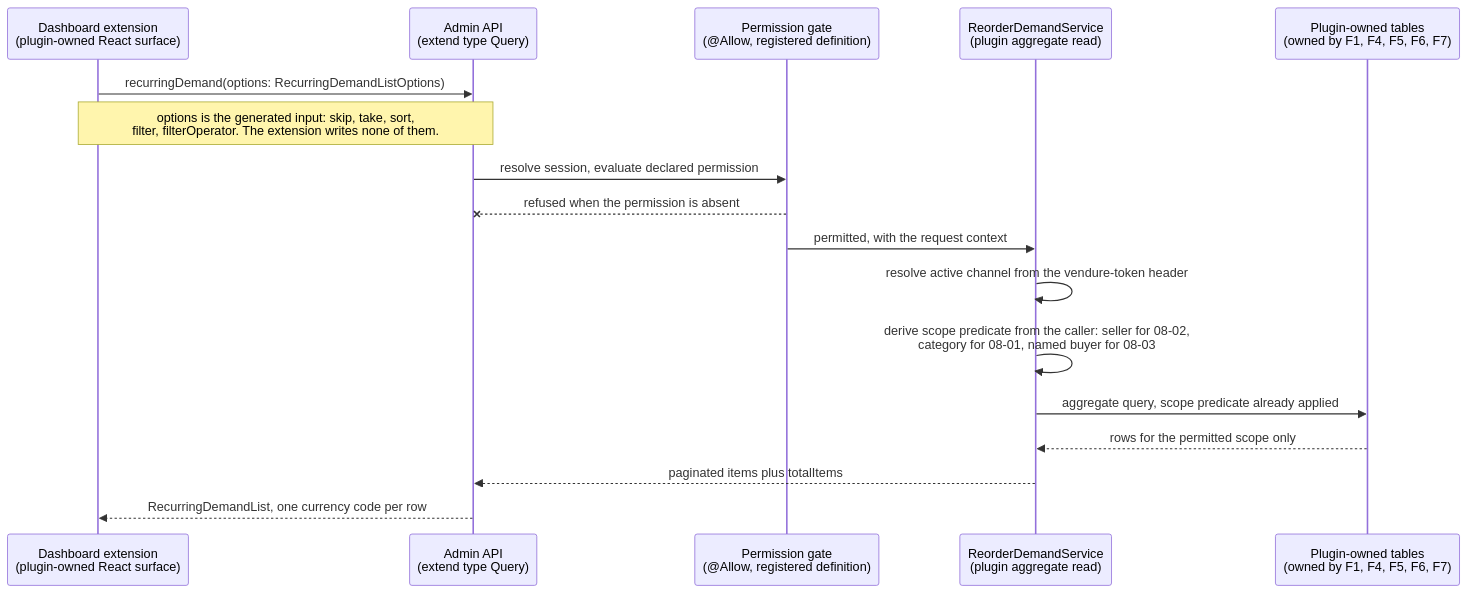
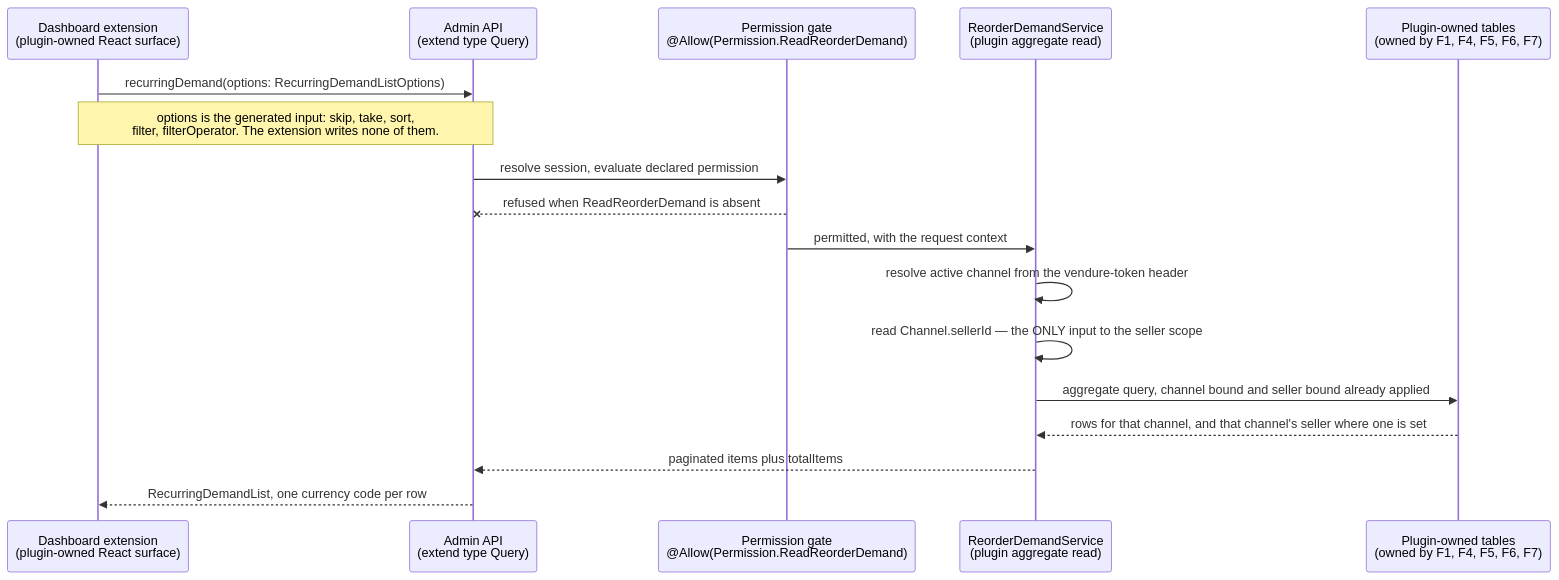
Before and after one commit to blitzy-public-samples/vendure: the diagram in tickets/EPIC-001/FEATURE-001-08-recurring-demand-visibility.md, drawn with Mermaid. The commit also changed other lines of this file and 10 other files, not shown here.

````diff
--- a/tickets/EPIC-001/FEATURE-001-08-recurring-demand-visibility.md
+++ b/tickets/EPIC-001/FEATURE-001-08-recurring-demand-visibility.md
@@ -154,26 +407,29 @@
 ```mermaid
 sequenceDiagram
     participant DX as Dashboard extension<br/>(plugin-owned React surface)
     participant API as Admin API<br/>(extend type Query)
-    participant GATE as Permission gate<br/>(@Allow, registered definition)
+    participant GATE as Permission gate<br/>@Allow(Permission.ReadReorderDemand)
     participant SVC as ReorderDemandService<br/>(plugin aggregate read)
     participant TBL as Plugin-owned tables<br/>(owned by F1, F4, F5, F6, F7)
     DX->>API: recurringDemand(options: RecurringDemandListOptions)
     Note over DX,API: options is the generated input: skip, take, sort,<br/>filter, filterOperator. The extension writes none of them.
     API->>GATE: resolve session, evaluate declared permission
-    GATE--xAPI: refused when the permission is absent
+    GATE--xAPI: refused when ReadReorderDemand is absent
     GATE->>SVC: permitted, with the request context
     SVC->>SVC: resolve active channel from the vendure-token header
-    SVC->>SVC: derive scope predicate from the caller: seller for 08-02,<br/>category for 08-01, named buyer for 08-03
-    SVC->>TBL: aggregate query, scope predicate already applied
-    TBL-->>SVC: rows for the permitted scope only
+    SVC->>SVC: read Channel.sellerId — the ONLY input to the seller scope
+    SVC->>TBL: aggregate query, channel bound and seller bound already applied
+    TBL-->>SVC: rows for that channel, and that channel's seller where one is set
     SVC-->>API: paginated items plus totalItems
     API-->>DX: RecurringDemandList, one currency code per row
-    %% The scope predicate is applied server-side, inside the resolver or the service it
-    %% delegates to. It is never supplied by the caller, because a scope the caller can
+    %% The scope is derived from the active channel and from NOTHING the caller supplies.
+    %% There is no persona argument and no seller argument, because a scope the caller can
     %% state is a scope the caller can widen. A permission gate alone is not a control.
+    %% 08-01 and 08-02 differ only in which channel token they send. The server does not
+    %% inspect the caller and choose a predicate: Administrator carries no seller link.
     %% Paginated results consume the generated ListOptions input: no sort or filter
     %% input type is hand-written by this feature.
     %% Every arrow is a read. No arrow writes a row, and no existing operation is reached.
-    %% An unresolved scope returns no rows rather than every row.
+    %% The two support lookups follow the same shape with a customer predicate instead,
+    %% gated by ReadReorderCustomerActivity and bound per section 2.8.
 ```
````
